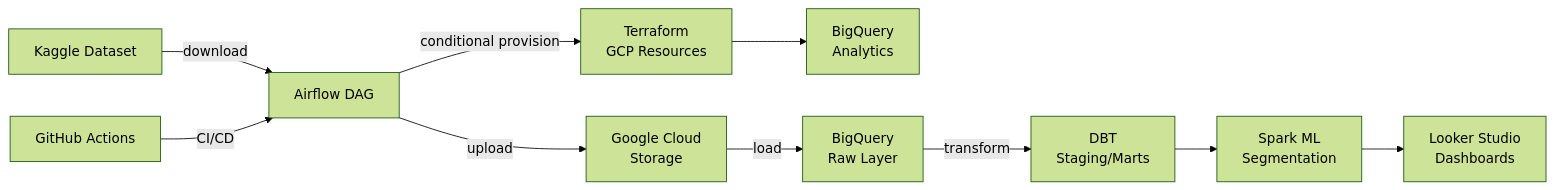
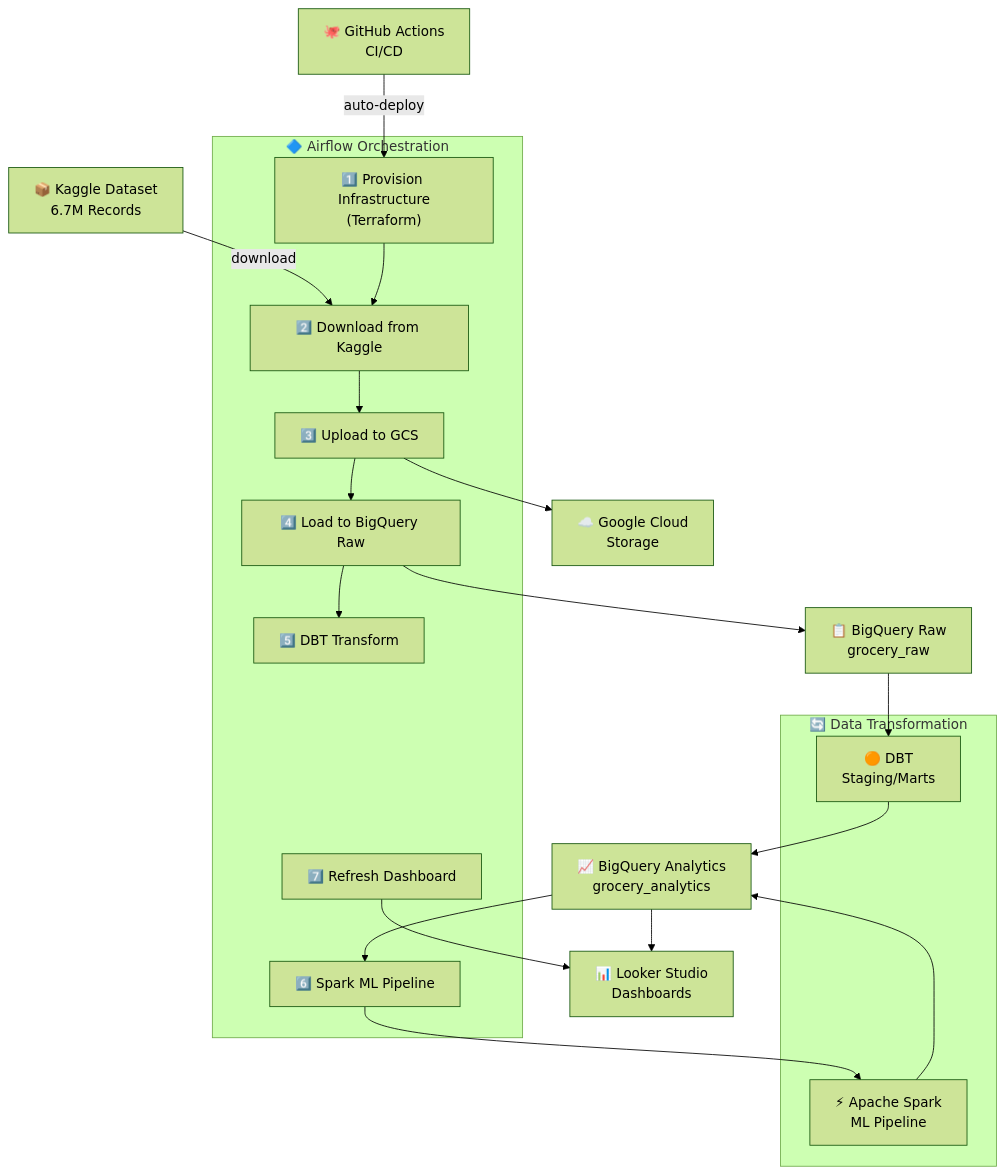
One commit to patelvipulkumar/grocery-sales-insights changed the diagram in README.md. Above: the diagram before and after it, drawn with Mermaid (forest theme). The commit also changed other lines of this file, not shown here.

````diff
--- a/README.md
+++ b/README.md
@@ -9,12 +112,42 @@
 ```mermaid
-flowchart LR
-    A[Kaggle Dataset] -->|download| B[Airflow DAG]
-    B -->|conditional provision| T[Terraform<br/>GCP Resources]
-    T --> BQ[BigQuery<br/>Analytics]
-    B -->|upload| C[Google Cloud<br/>Storage]
-    C -->|load| D[BigQuery<br/>Raw Layer]
-    D -->|transform| E[DBT<br/>Staging/Marts]
-    E --> F[Spark ML<br/>Segmentation]
-    F --> LS[Looker Studio<br/>Dashboards]
-    G[GitHub Actions] -->|CI/CD| B
+graph TB
+    KGL["📦 Kaggle Dataset<br/>6.7M Records"]
+    
+    subgraph AIRFLOW["🔷 Airflow Orchestration"]
+        AF1["1️⃣ Provision Infrastructure<br/>(Terraform)"]
+        AF2["2️⃣ Download from Kaggle"]
+        AF3["3️⃣ Upload to GCS"]
+        AF4["4️⃣ Load to BigQuery Raw"]
+        AF5["5️⃣ DBT Transform"]
+        AF6["6️⃣ Spark ML Pipeline"]
+        AF7["7️⃣ Refresh Dashboard"]
+    end
+    
+    GCS["☁️ Google Cloud<br/>Storage"]
+    BQ_RAW["📋 BigQuery Raw<br/>grocery_raw"]
+    BQ_ANALYTICS["📈 BigQuery Analytics<br/>grocery_analytics"]
+    
+    subgraph TRANSFORM["🔄 Data Transformation"]
+        DBT["🟠 DBT<br/>Staging/Marts"]
+        SPARK["⚡ Apache Spark<br/>ML Pipeline"]
+    end
+    
+    LS["📊 Looker Studio<br/>Dashboards"]
+    GH["🐙 GitHub Actions<br/>CI/CD"]
+    
+    KGL -->|download| AF2
+    AF1 --> AF2
+    AF2 --> AF3
+    AF3 --> GCS
+    AF3 --> AF4
+    AF4 --> BQ_RAW
+    AF4 --> AF5
+    BQ_RAW --> DBT
+    DBT --> BQ_ANALYTICS
+    BQ_ANALYTICS --> AF6
+    AF6 --> SPARK
+    SPARK --> BQ_ANALYTICS
+    AF7 --> LS
+    BQ_ANALYTICS --> LS
+    GH -->|auto-deploy| AF1
 ```
````
